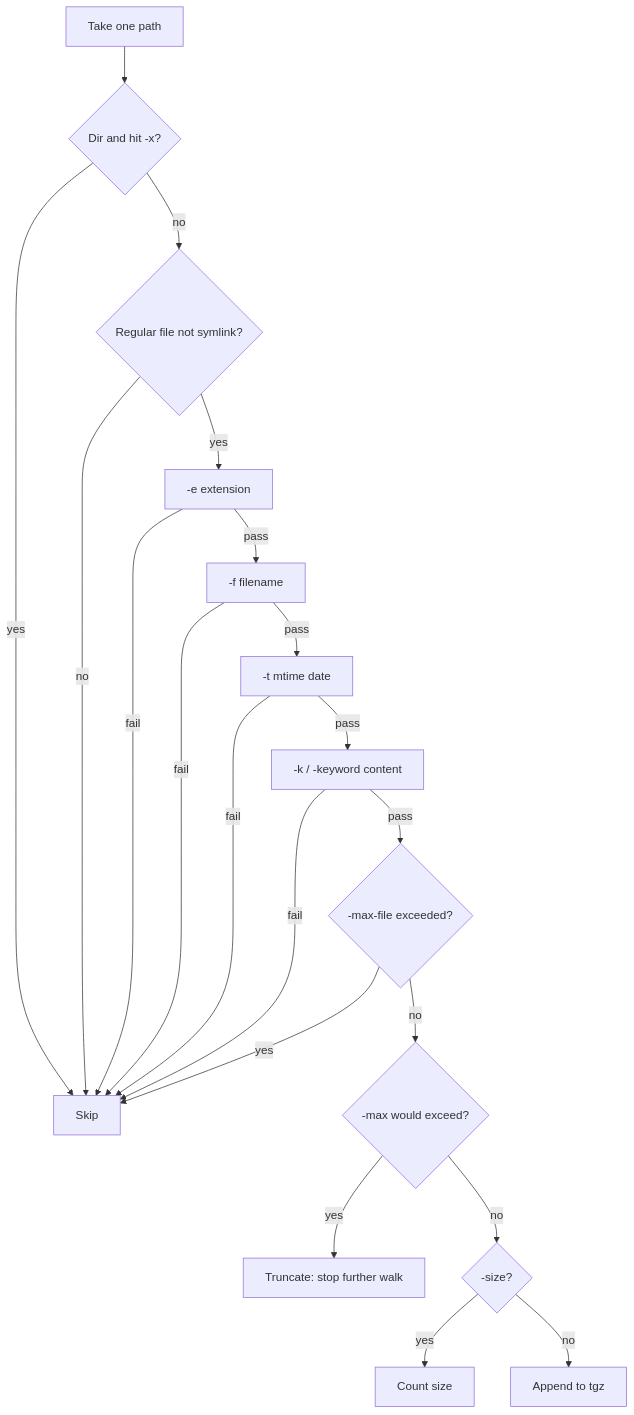
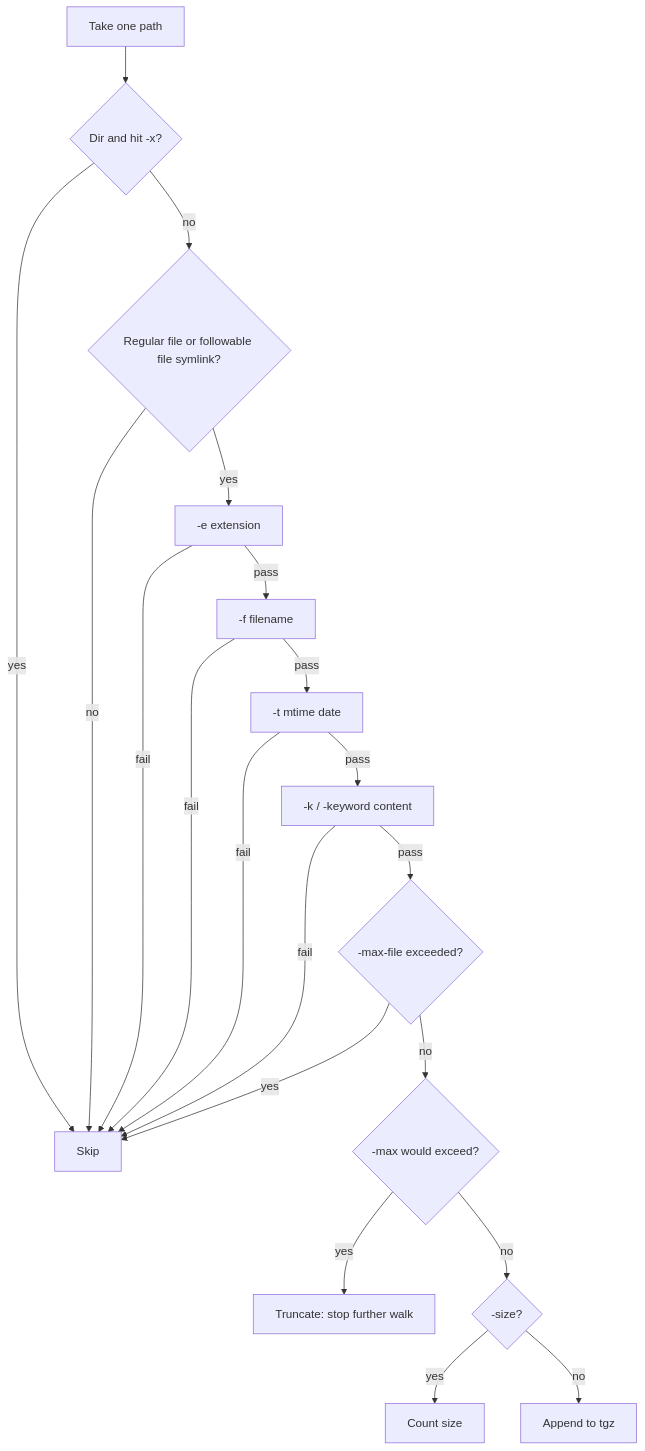
The second of 2 diagrams in README.md (simonlee-hello/Fdoc), drawn with Mermaid before and after one commit. The commit also changed other lines of this file and 3 other files, not shown here.

````diff
--- a/README.md
+++ b/README.md
@@ -53,22 +53,22 @@
 ```mermaid
 flowchart TD
   A[Take one path] --> B{Dir and hit -x?}
   B -->|yes| Z1[Skip]
-  B -->|no| C{Regular file not symlink?}
+  B -->|no| C{Regular file or followable file symlink?}
   C -->|no| Z1
   C -->|yes| D[-e extension]
   D -->|fail| Z1
   D -->|pass| E[-f filename]
   E -->|fail| Z1
   E -->|pass| F[-t mtime date]
   F -->|fail| Z1
   F -->|pass| G[-k / -keyword content]
   G -->|fail| Z1
   G -->|pass| H{-max-file exceeded?}
   H -->|yes| Z1
   H -->|no| I{-max would exceed?}
   I -->|yes| Z2[Truncate: stop further walk]
   I -->|no| J{-size?}
   J -->|yes| Z3[Count size]
   J -->|no| Z4[Append to tgz]
 ```
````
